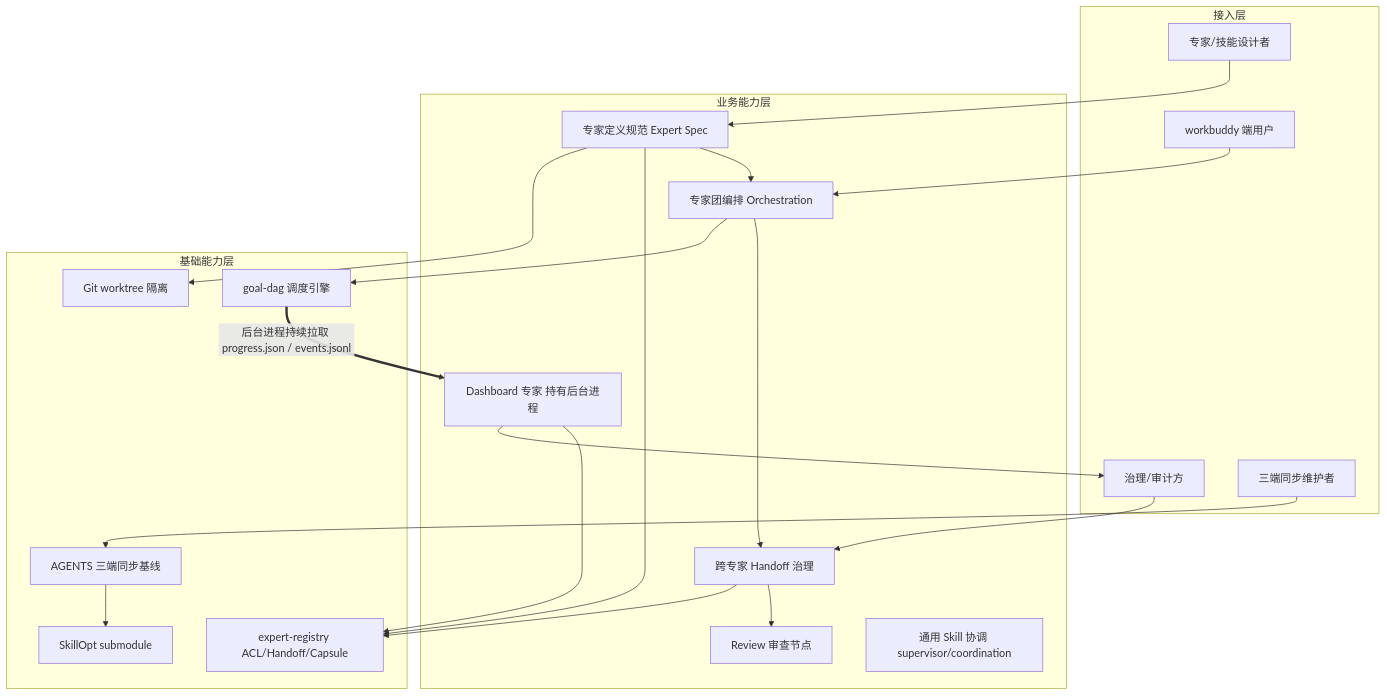
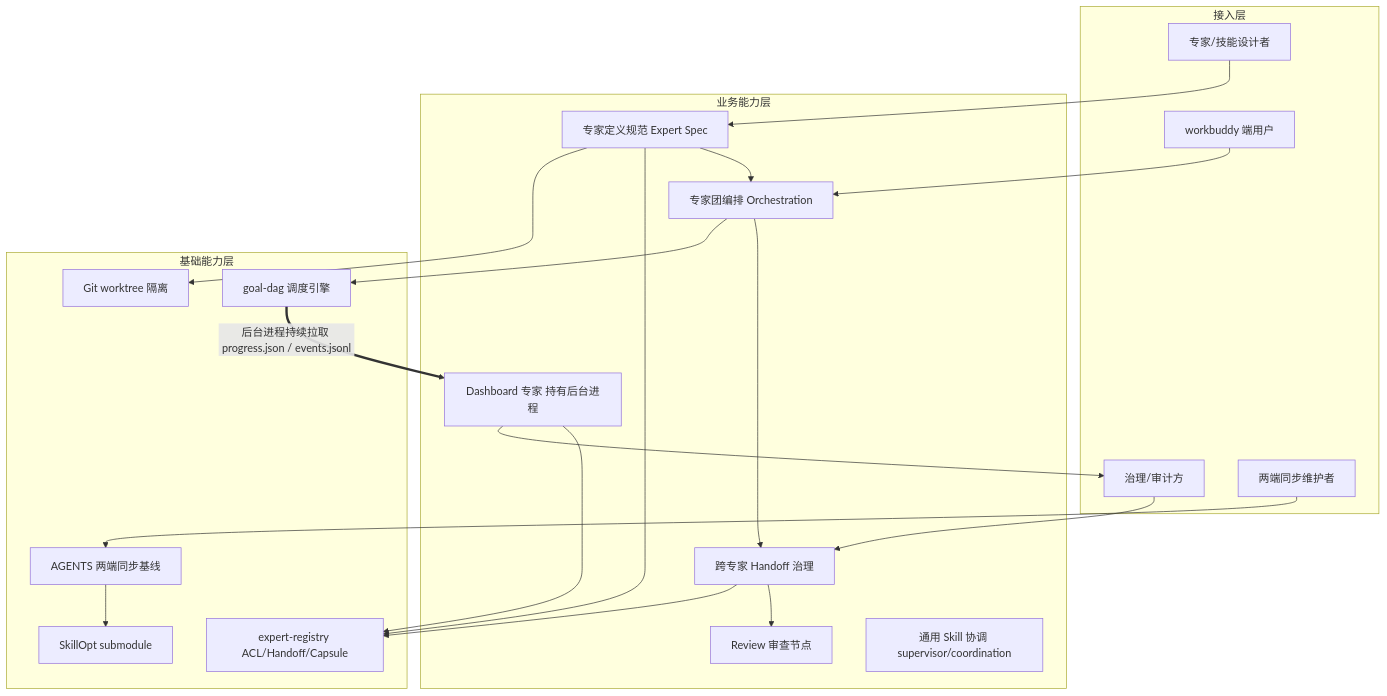
The first of 4 diagrams in delivery/高层架构设计.md (Ghost233/ghost-agent-market), drawn with Mermaid before and after one commit. The commit also changed other lines of this file and 8 other files, not shown here.

````diff
--- a/delivery/高层架构设计.md
+++ b/delivery/高层架构设计.md
@@ -279,39 +279,39 @@
 ```mermaid
 flowchart TB
     subgraph AL[接入层]
         A1[专家/技能设计者]
         A2[workbuddy 端用户]
         A3[治理/审计方]
-        A4[三端同步维护者]
+        A4[两端同步维护者]
     end
     subgraph BL[业务能力层]
         B1[专家定义规范 Expert Spec]
         B2[专家团编排 Orchestration]
         B3[跨专家 Handoff 治理]
         B4[Review 审查节点]
         B5[通用 Skill 协调 supervisor/coordination]
         B6[Dashboard 专家 持有后台进程]
     end
     subgraph FL[基础能力层]
         C1[expert-registry ACL/Handoff/Capsule]
         C2[goal-dag 调度引擎]
-        C3[AGENTS 三端同步基线]
+        C3[AGENTS 两端同步基线]
         C4[SkillOpt submodule]
         C5[Git worktree 隔离]
     end
     A1 --> B1
     A2 --> B2
     A3 --> B3
     A4 --> C3
     B1 --> B2
     B2 --> B3
     B3 --> B4
     B1 --> C1
     B3 --> C1
     B2 --> C2
     C3 --> C4
     B1 --> C5
     C2 ==>|后台进程持续拉取 progress.json / events.jsonl| B6
     B6 --> C1
     B6 --> A3
 ```
````
